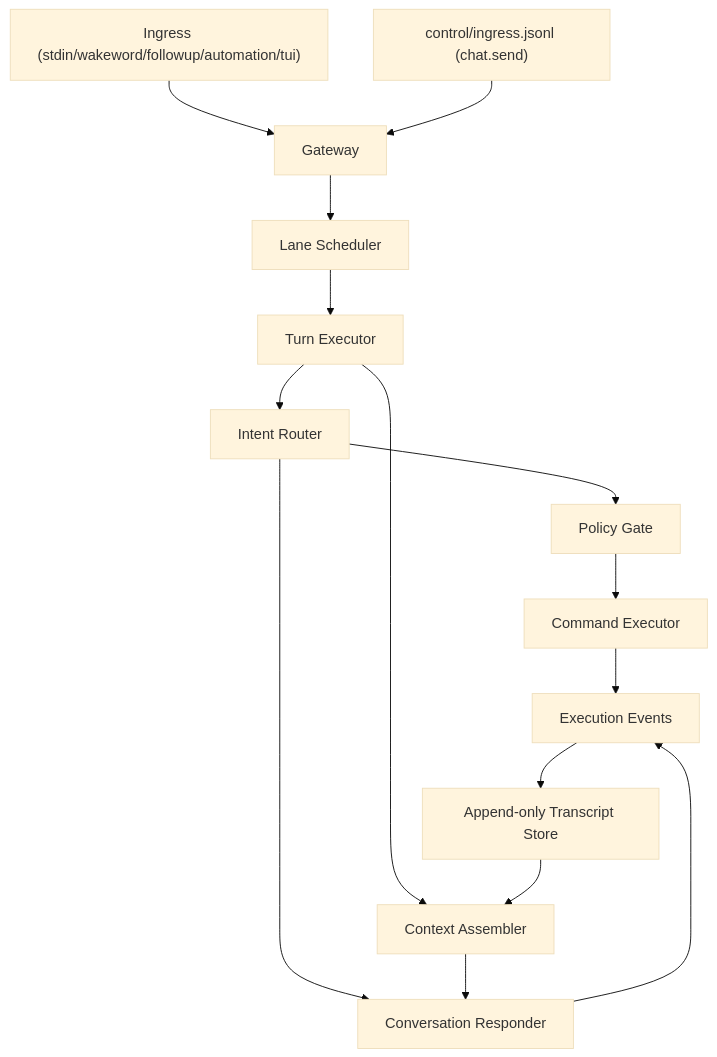
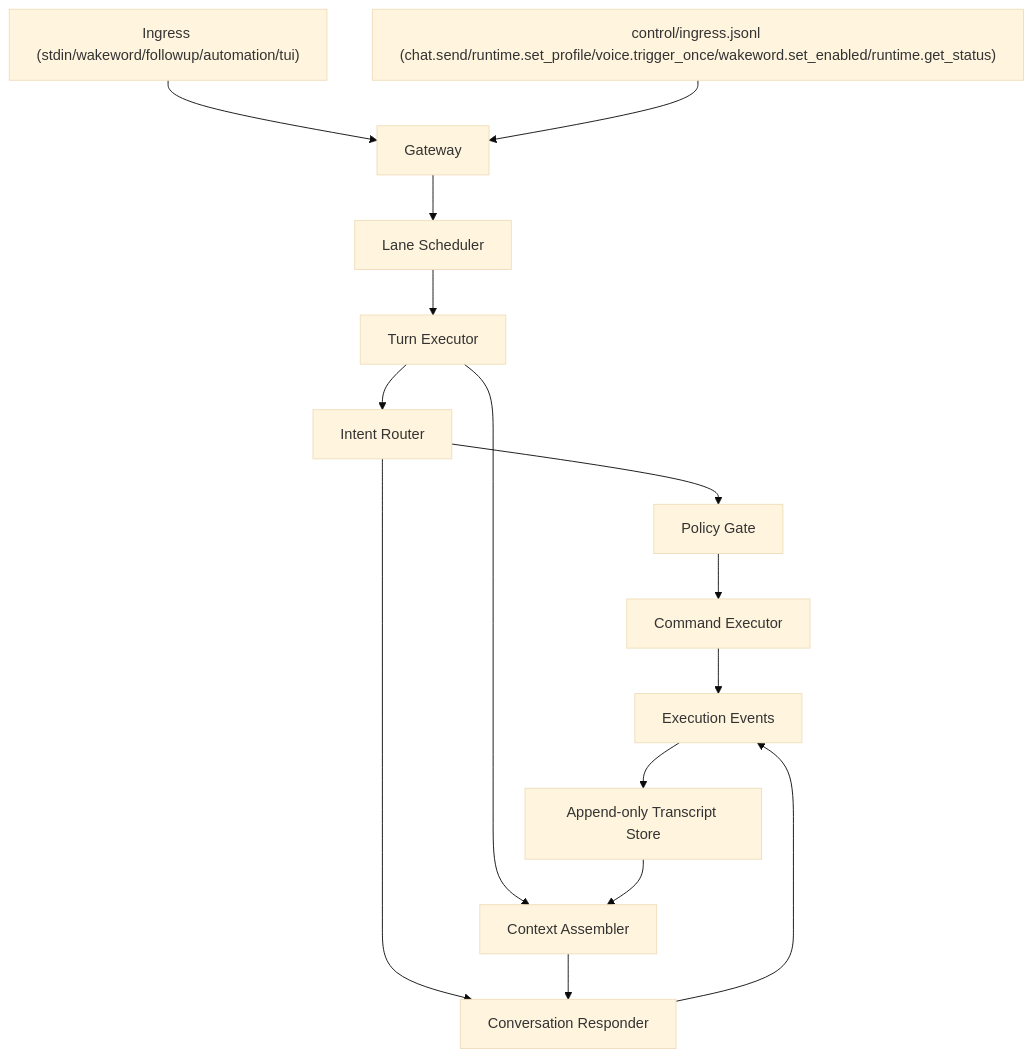
One commit to pavel-arkharov/herzen changed the diagram in docs/architecture/v1_control_plane_intent_context.md. Above: the diagram before and after it, drawn with Mermaid (base theme). The commit also changed other lines of this file and 14 other files, not shown here.

````diff
--- a/docs/architecture/v1_control_plane_intent_context.md
+++ b/docs/architecture/v1_control_plane_intent_context.md
@@ -46,17 +46,17 @@
 ```mermaid
 flowchart TD
   A["Ingress (stdin/wakeword/followup/automation/tui)"] --> B["Gateway"]
-  A2["control/ingress.jsonl (chat.send)"] --> B
+  A2["control/ingress.jsonl (chat.send/runtime.set_profile/voice.trigger_once/wakeword.set_enabled/runtime.get_status)"] --> B
   B --> C["Lane Scheduler"]
   C --> D["Turn Executor"]
   D --> E["Intent Router"]
   E --> F["Policy Gate"]
   F --> G["Command Executor"]
   E --> H["Conversation Responder"]
   D --> I["Context Assembler"]
   I --> H
   G --> J["Execution Events"]
   H --> J
   J --> K["Append-only Transcript Store"]
   K --> I
 ```
````
